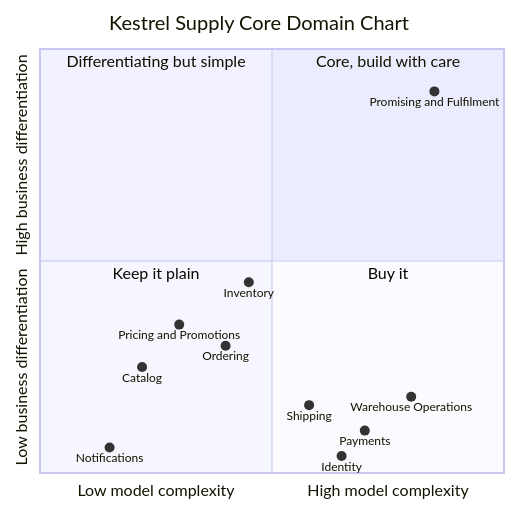
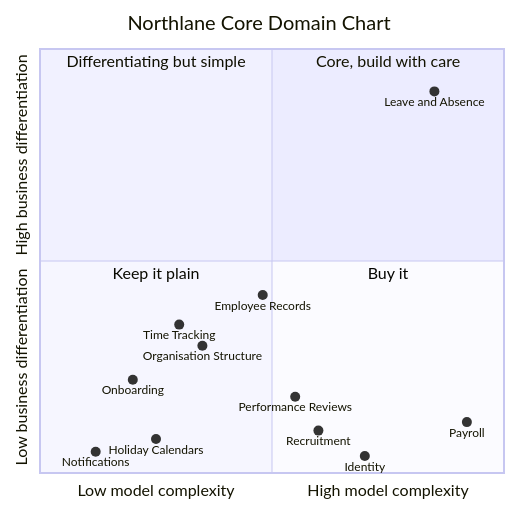
One commit to detafti/spring-ddd changed the diagram in docs/strategic-design/02-subdomains.md. Above: the diagram before and after it, drawn with Mermaid. The commit also changed other lines of this file and 8 other files, not shown here.

````diff
--- a/docs/strategic-design/02-subdomains.md
+++ b/docs/strategic-design/02-subdomains.md
@@ -27,20 +28,21 @@
 ```mermaid
 quadrantChart
-    title Kestrel Supply Core Domain Chart
+    title Northlane Core Domain Chart
     x-axis Low model complexity --> High model complexity
     y-axis Low business differentiation --> High business differentiation
     quadrant-1 Core, build with care
     quadrant-2 Differentiating but simple
     quadrant-3 Keep it plain
     quadrant-4 Buy it
-    Promising and Fulfilment: [0.85, 0.9]
-    Inventory: [0.45, 0.45]
-    Ordering: [0.4, 0.3]
-    Catalog: [0.22, 0.25]
-    Pricing and Promotions: [0.3, 0.35]
-    Warehouse Operations: [0.8, 0.18]
-    Payments: [0.7, 0.1]
-    Shipping: [0.58, 0.16]
-    Identity: [0.65, 0.04]
-    Notifications: [0.15, 0.06]
+    Leave and Absence: [0.85, 0.9]
+    Employee Records: [0.48, 0.42]
+    Organisation Structure: [0.35, 0.3]
+    Time Tracking: [0.3, 0.35]
+    Onboarding: [0.2, 0.22]
+    Payroll: [0.92, 0.12]
+    Recruitment: [0.6, 0.1]
+    Performance Reviews: [0.55, 0.18]
+    Holiday Calendars: [0.25, 0.08]
+    Identity: [0.7, 0.04]
+    Notifications: [0.12, 0.05]
 ```
````
